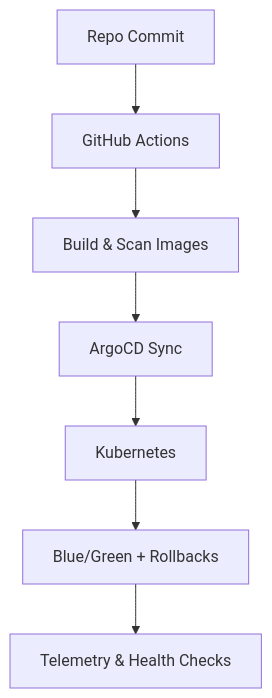
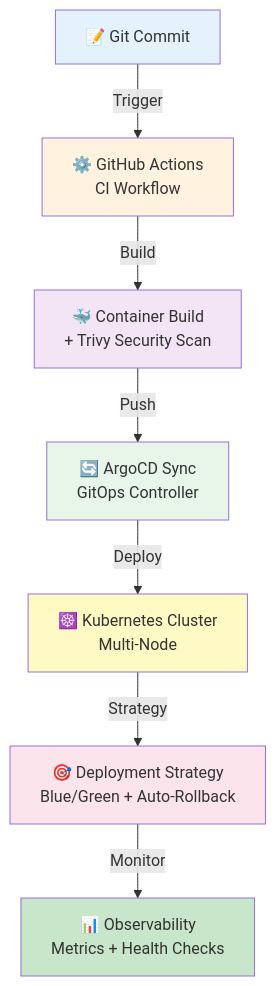
Before and after one commit to samueljackson-collab/Samueljackson-collab: the fourth of 28 diagrams in README.md, drawn with Mermaid. The commit also changed other lines of this file, not shown here.

Commit message:
Enhanced all diagrams with detailed labels, icons, and styling

````diff
--- a/README.md
+++ b/README.md
@@ -250,9 +265,17 @@
 ```mermaid
 flowchart TD
-  Commit[Repo Commit] --> GH[GitHub Actions]
-  GH --> Build[Build & Scan Images]
-  Build --> Argo[ArgoCD Sync]
-  Argo --> Cluster[Kubernetes]
-  Cluster --> Deploy[Blue/Green + Rollbacks]
-  Deploy --> Telemetry[Telemetry & Health Checks]
+  Commit[📝 Git Commit] -->|Trigger| GH[⚙️ GitHub Actions<br/>CI Workflow]
+  GH -->|Build| Build[🐳 Container Build<br/>+ Trivy Security Scan]
+  Build -->|Push| Argo[🔄 ArgoCD Sync<br/>GitOps Controller]
+  Argo -->|Deploy| Cluster[☸️ Kubernetes Cluster<br/>Multi-Node]
+  Cluster -->|Strategy| Deploy[🎯 Deployment Strategy<br/>Blue/Green + Auto-Rollback]
+  Deploy -->|Monitor| Telemetry[📊 Observability<br/>Metrics + Health Checks]
+  
+  style Commit fill:#e3f2fd
+  style GH fill:#fff3e0
+  style Build fill:#f3e5f5
+  style Argo fill:#e8f5e9
+  style Cluster fill:#fff9c4
+  style Deploy fill:#fce4ec
+  style Telemetry fill:#c8e6c9
 ```
````
